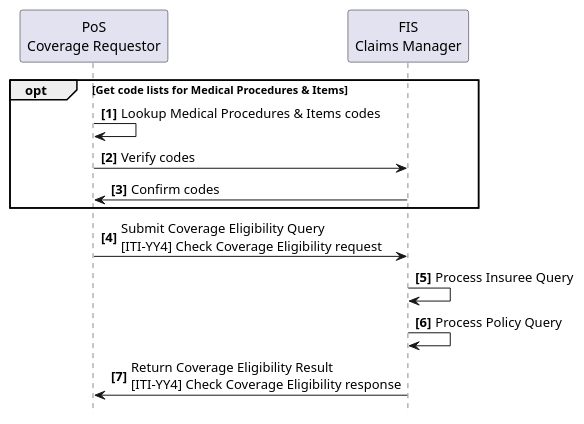
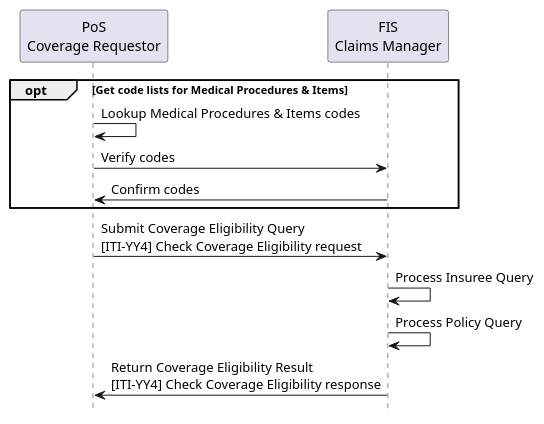
One commit to IHE/ITI.Finance changed the diagram in input/images-source/usecase2-processflow.plantuml. Above: the diagram before and after it, drawn with PlantUML. The commit also changed 5 other files, not shown here.

Commit message:
Removed autonumbering from use case diagrams as it was confusing.

```diff
--- a/input/images-source/usecase2-processflow.plantuml
+++ b/input/images-source/usecase2-processflow.plantuml
@@ -1,21 +1,20 @@
 @startuml
 skinparam svgDimensionStyle false
 hide footbox
-autonumber "<b>[0]"
 
 participant "PoS\nCoverage Requestor" as App
 participant "FIS\nClaims Manager" as FIS
 
 
 opt Get code lists for Medical Procedures & Items
 	App -> App: Lookup Medical Procedures & Items codes
 	App -> FIS: Verify codes
 	FIS -> App: Confirm codes
 end opt
 
 App -> FIS: Submit Coverage Eligibility Query\n&#91;ITI-YY4&#93; Check Coverage Eligibility request
 FIS -> FIS: Process Insuree Query
 FIS -> FIS: Process Policy Query
 FIS -> App: Return Coverage Eligibility Result\n&#91;ITI-YY4&#93; Check Coverage Eligibility response
 
 @enduml
```
